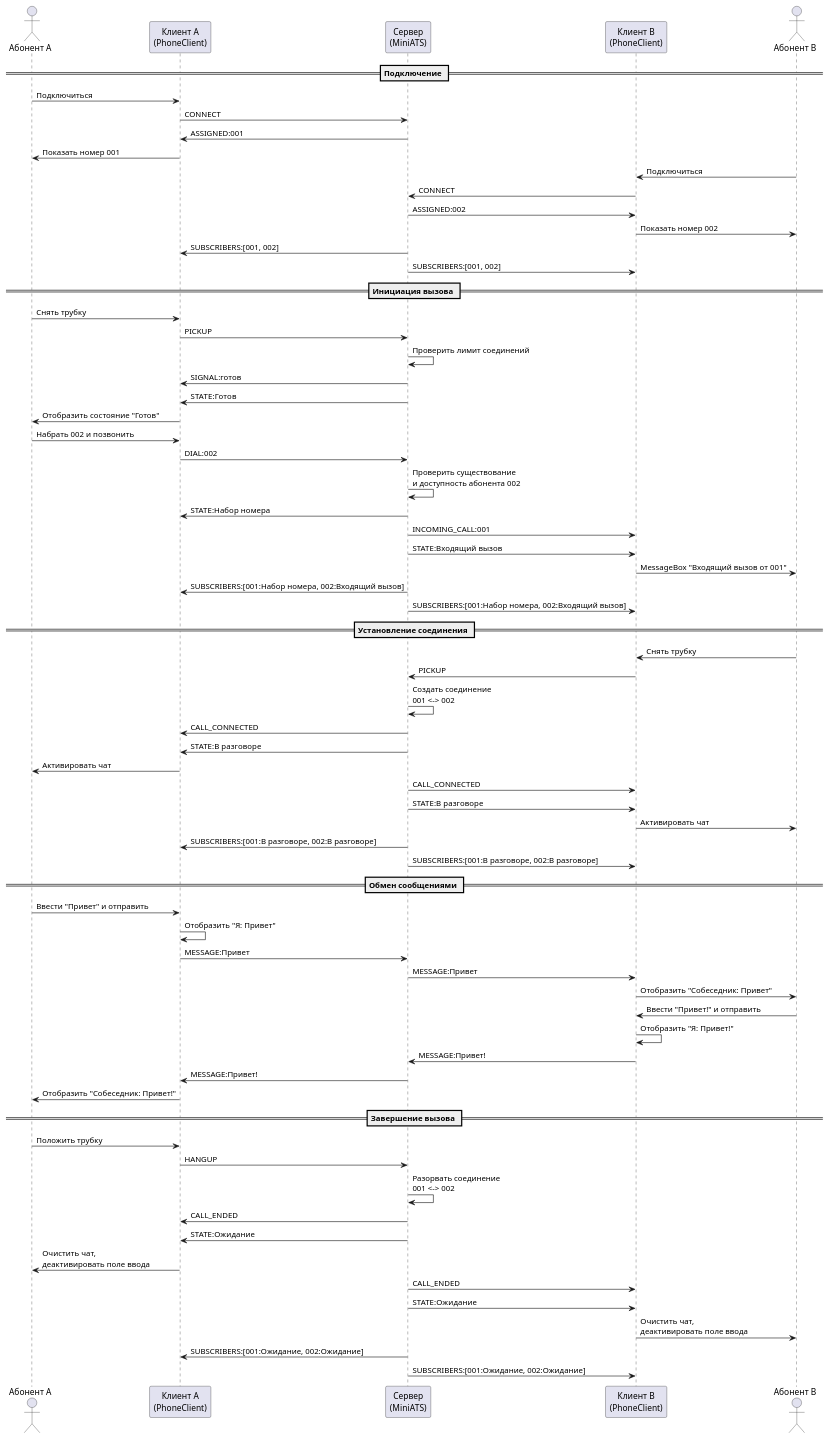
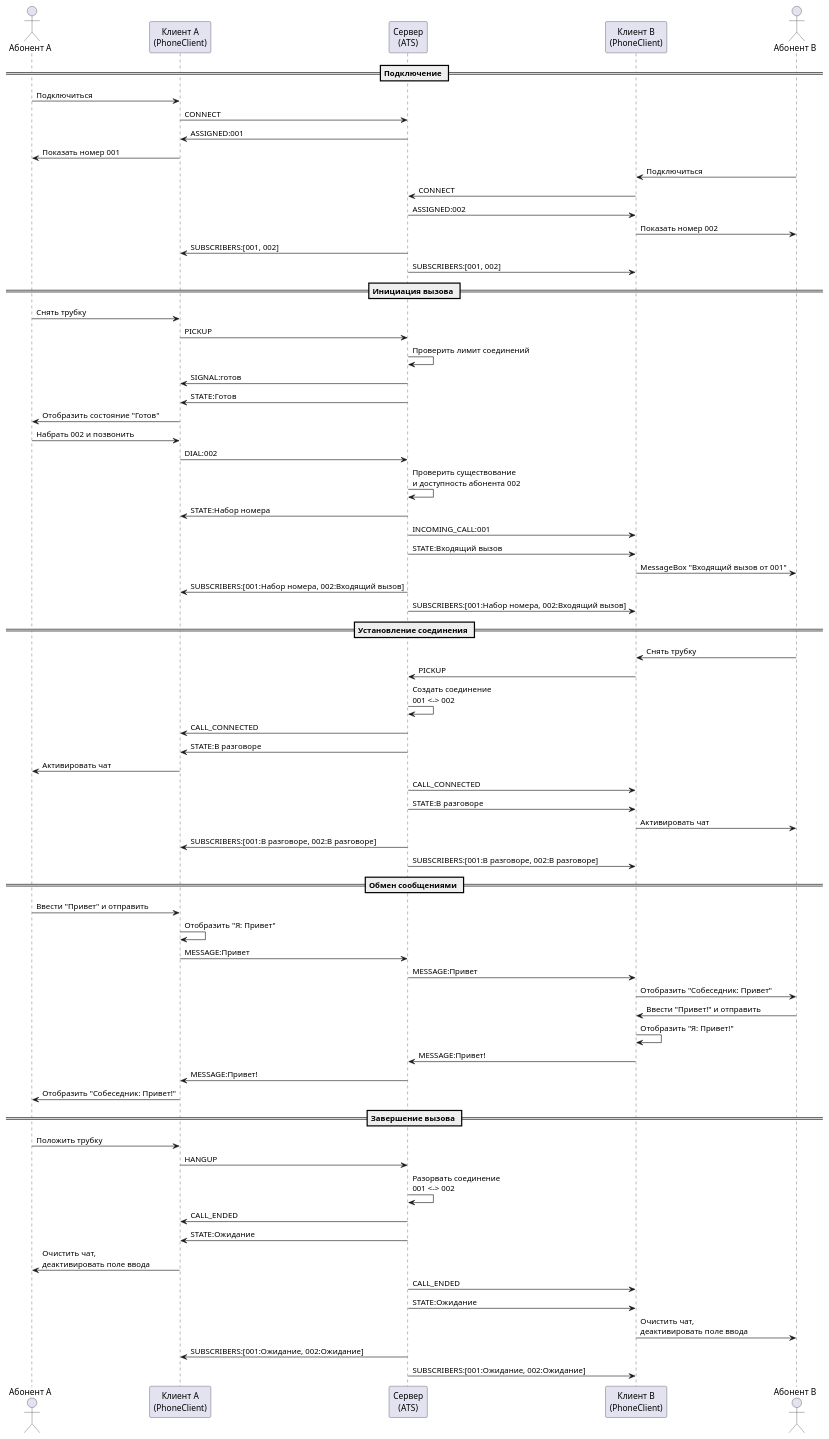
One commit to icepow-r/TelephoneExchange changed the diagram in docs/diagrams/sequence-diagram.puml. Above: the diagram before and after it, drawn with PlantUML. The commit also changed 5 other files, not shown here.

```diff
--- a/docs/diagrams/sequence-diagram.puml
+++ b/docs/diagrams/sequence-diagram.puml
@@ -1,85 +1,85 @@
 @startuml Диаграмма последовательности - Успешный вызов
 
 actor "Абонент A" as ClientA
 participant "Клиент A\n(PhoneClient)" as PhoneA
-participant "Сервер\n(MiniATS)" as Server
+participant "Сервер\n(ATS)" as Server
 participant "Клиент B\n(PhoneClient)" as PhoneB
 actor "Абонент B" as ClientB
 
 == Подключение ==
 ClientA -> PhoneA: Подключиться
 PhoneA -> Server: CONNECT
 Server -> PhoneA: ASSIGNED:001
 PhoneA -> ClientA: Показать номер 001
 
 ClientB -> PhoneB: Подключиться
 PhoneB -> Server: CONNECT
 Server -> PhoneB: ASSIGNED:002
 PhoneB -> ClientB: Показать номер 002
 
 Server -> PhoneA: SUBSCRIBERS:[001, 002]
 Server -> PhoneB: SUBSCRIBERS:[001, 002]
 
 == Инициация вызова ==
 ClientA -> PhoneA: Снять трубку
 PhoneA -> Server: PICKUP
 Server -> Server: Проверить лимит соединений
 Server -> PhoneA: SIGNAL:готов
 Server -> PhoneA: STATE:Готов
 PhoneA -> ClientA: Отобразить состояние "Готов"
 
 ClientA -> PhoneA: Набрать 002 и позвонить
 PhoneA -> Server: DIAL:002
 Server -> Server: Проверить существование\nи доступность абонента 002
 Server -> PhoneA: STATE:Набор номера
 Server -> PhoneB: INCOMING_CALL:001
 Server -> PhoneB: STATE:Входящий вызов
 PhoneB -> ClientB: MessageBox "Входящий вызов от 001"
 
 Server -> PhoneA: SUBSCRIBERS:[001:Набор номера, 002:Входящий вызов]
 Server -> PhoneB: SUBSCRIBERS:[001:Набор номера, 002:Входящий вызов]
 
 == Установление соединения ==
 ClientB -> PhoneB: Снять трубку
 PhoneB -> Server: PICKUP
 Server -> Server: Создать соединение\n001 <-> 002
 Server -> PhoneA: CALL_CONNECTED
 Server -> PhoneA: STATE:В разговоре
 PhoneA -> ClientA: Активировать чат
 
 Server -> PhoneB: CALL_CONNECTED
 Server -> PhoneB: STATE:В разговоре
 PhoneB -> ClientB: Активировать чат
 
 Server -> PhoneA: SUBSCRIBERS:[001:В разговоре, 002:В разговоре]
 Server -> PhoneB: SUBSCRIBERS:[001:В разговоре, 002:В разговоре]
 
 == Обмен сообщениями ==
 ClientA -> PhoneA: Ввести "Привет" и отправить
 PhoneA -> PhoneA: Отобразить "Я: Привет"
 PhoneA -> Server: MESSAGE:Привет
 Server -> PhoneB: MESSAGE:Привет
 PhoneB -> ClientB: Отобразить "Собеседник: Привет"
 
 ClientB -> PhoneB: Ввести "Привет!" и отправить
 PhoneB -> PhoneB: Отобразить "Я: Привет!"
 PhoneB -> Server: MESSAGE:Привет!
 Server -> PhoneA: MESSAGE:Привет!
 PhoneA -> ClientA: Отобразить "Собеседник: Привет!"
 
 == Завершение вызова ==
 ClientA -> PhoneA: Положить трубку
 PhoneA -> Server: HANGUP
 Server -> Server: Разорвать соединение\n001 <-> 002
 Server -> PhoneA: CALL_ENDED
 Server -> PhoneA: STATE:Ожидание
 PhoneA -> ClientA: Очистить чат,\nдеактивировать поле ввода
 
 Server -> PhoneB: CALL_ENDED
 Server -> PhoneB: STATE:Ожидание
 PhoneB -> ClientB: Очистить чат,\nдеактивировать поле ввода
 
 Server -> PhoneA: SUBSCRIBERS:[001:Ожидание, 002:Ожидание]
 Server -> PhoneB: SUBSCRIBERS:[001:Ожидание, 002:Ожидание]
 
 @enduml
```
